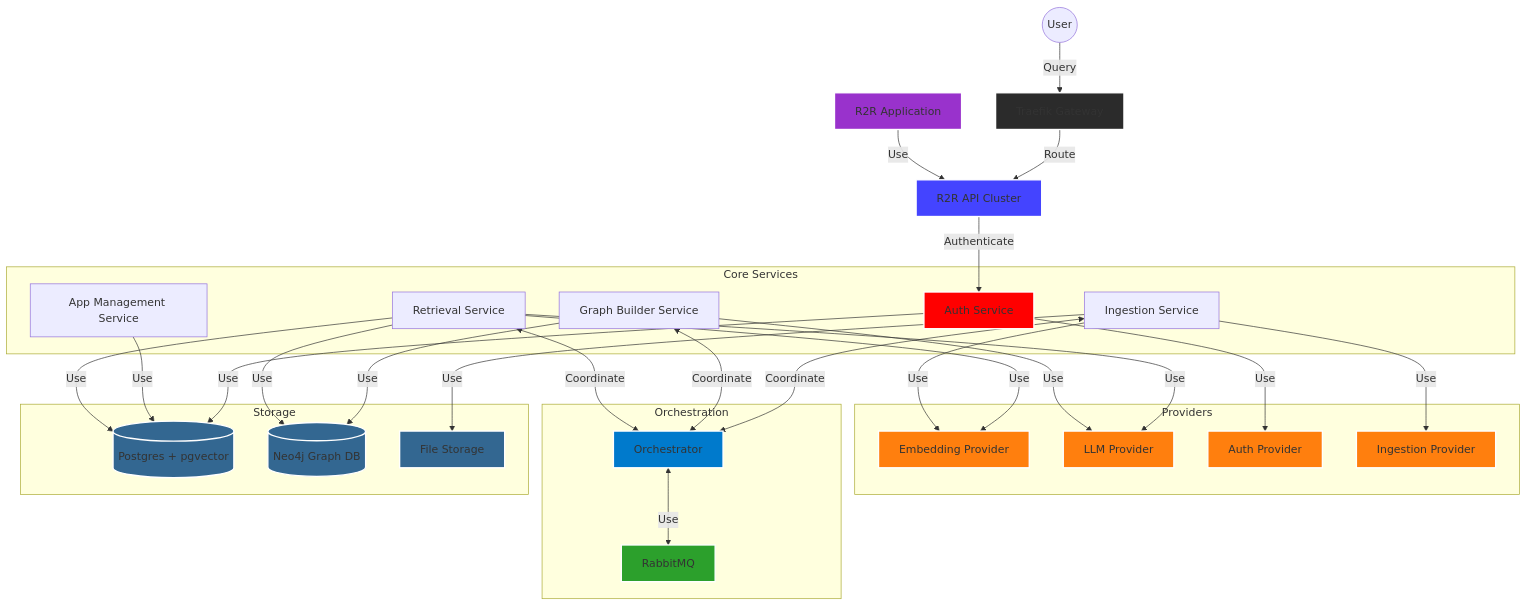
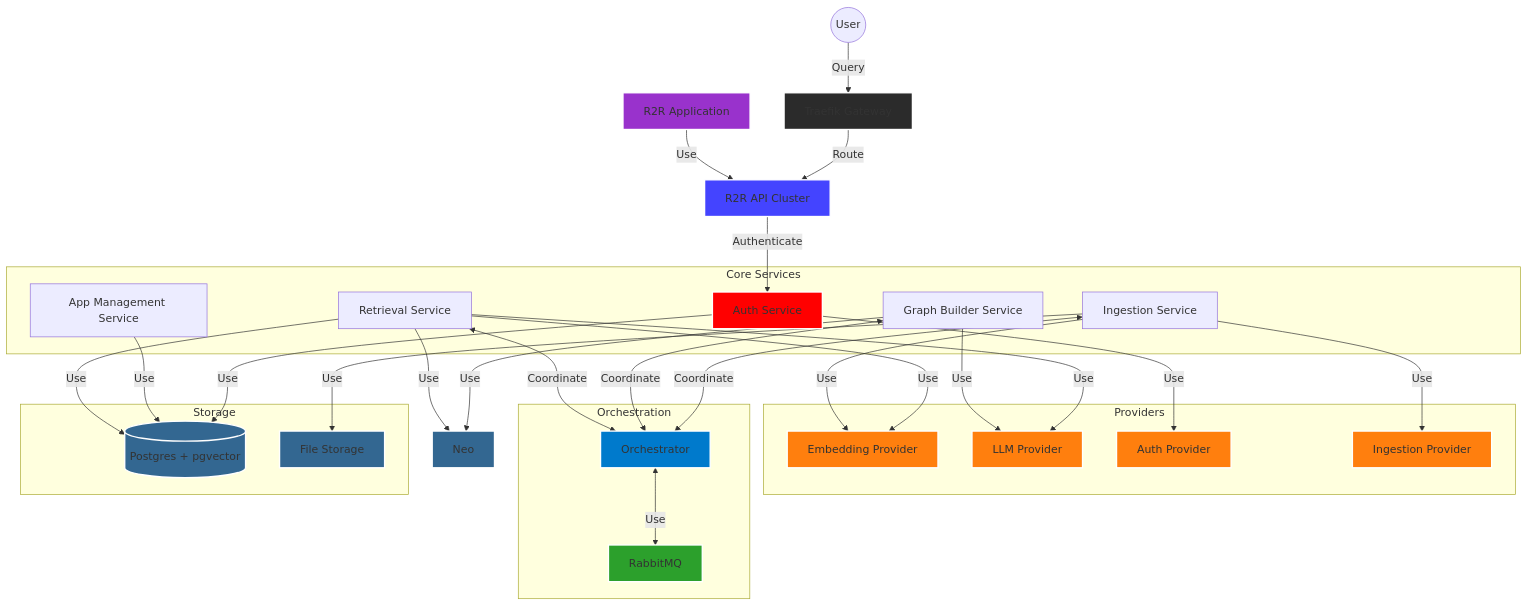
Before and after one commit to SciPhi-AI/R2R: the diagram in docs/introduction/system.mdx, drawn with Mermaid. The commit also changed other lines of this file and 263 other files, not shown here.

````diff
--- a/docs/introduction/system.mdx
+++ b/docs/introduction/system.mdx
@@ -10,65 +10,64 @@
 ```mermaid
 graph TD
     U((User)) -->|Query| GW[Traefik Gateway]
     GW -->|Route| API[R2R API Cluster]
     API -->|Authenticate| AS[Auth Service]
 
     R2R[R2R Application] -->|Use| API
 
     subgraph "Core Services"
         AS
         ReS[Retrieval Service]
         IS[Ingestion Service]
         GBS[Graph Builder Service]
         AMS[App Management Service]
     end
 
     subgraph "Providers"
         EP[Embedding Provider]
         LP[LLM Provider]
         AP[Auth Provider]
         IP[Ingestion Provider]
     end
 
     IS & GBS & ReS <-->|Coordinate| O
 
     ReS -->|Use| EP
     ReS -->|Use| LP
     IS -->|Use| EP
     IS -->|Use| IP
     GBS -->|Use| LP
     AS -->|Use| AP
 
     subgraph "Orchestration"
         O[Orchestrator]
         RMQ[RabbitMQ]
         O <-->|Use| RMQ
     end
 
     subgraph "Storage"
         PG[(Postgres + pgvector)]
-        Neo[(Neo4j Graph DB)]
         FS[File Storage]
     end
 
     AS & AMS & ReS -->|Use| PG
     GBS & ReS -->|Use| Neo
     IS -->|Use| FS
 
     classDef gateway fill:#2b2b2b,stroke:#ffffff,stroke-width:2px;
     classDef api fill:#4444ff,stroke:#ffffff,stroke-width:2px;
     classDef orchestrator fill:#007acc,stroke:#ffffff,stroke-width:2px;
     classDef messagequeue fill:#2ca02c,stroke:#ffffff,stroke-width:2px;
     classDef storage fill:#336791,stroke:#ffffff,stroke-width:2px;
     classDef providers fill:#ff7f0e,stroke:#ffffff,stroke-width:2px;
     classDef auth fill:#ff0000,stroke:#ffffff,stroke-width:2px;
     classDef application fill:#9932cc,stroke:#ffffff,stroke-width:2px;
     class GW gateway;
     class API api;
     class O orchestrator;
     class RMQ messagequeue;
     class PG,Neo,FS storage;
     class EP,LP,AP,IP providers;
     class AS auth;
     class R2R application;
 ```
````
